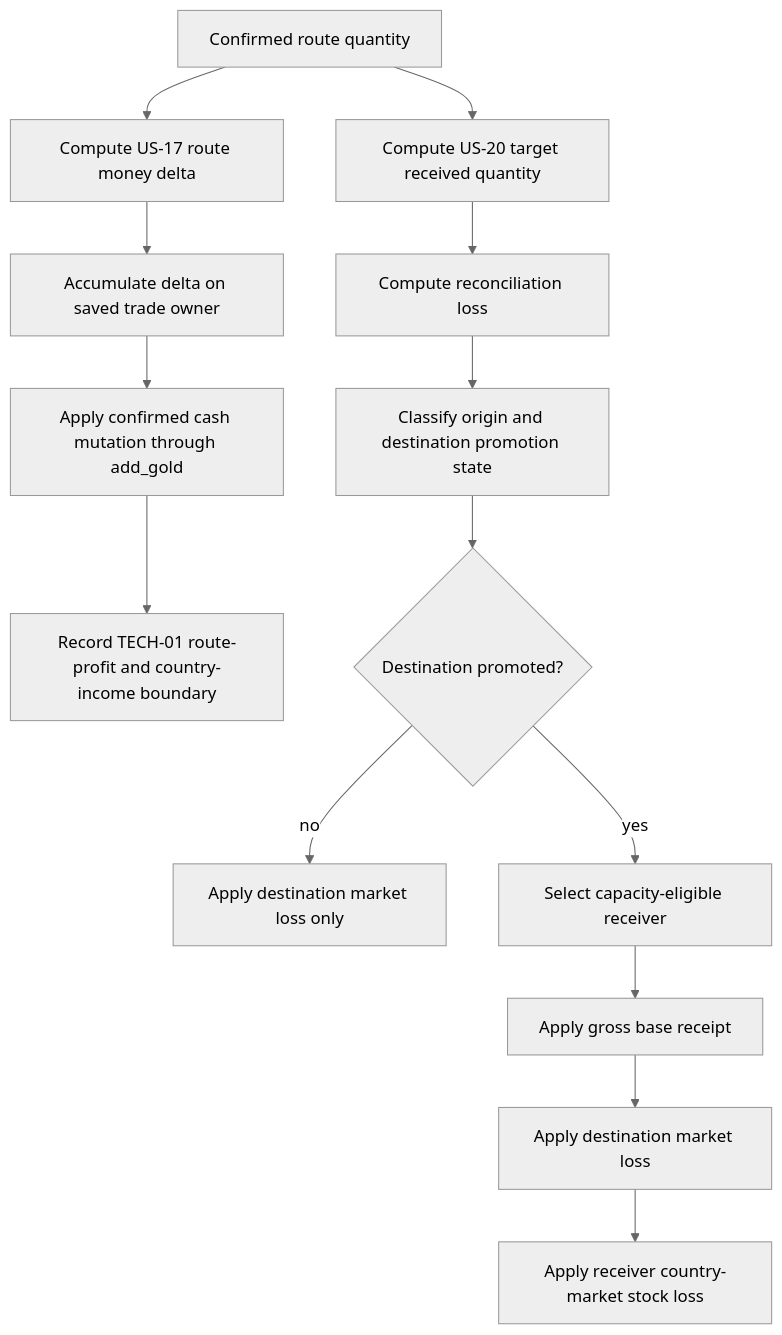
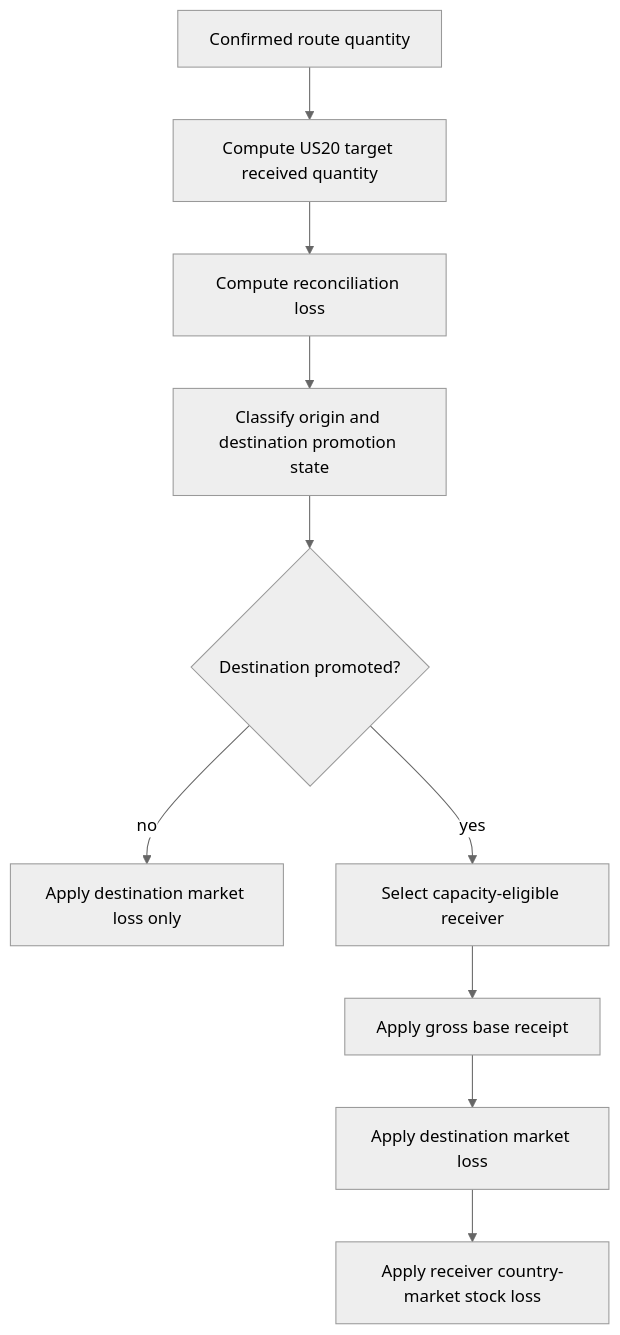
Before and after one commit to eu5mod/eu5-no-void-economy: the fourth of 7 diagrams in docs/audits/pr107/Q5_workflow_state.md, drawn with Mermaid (neutral theme). The commit also changed other lines of this file and 8 other files, not shown here.

First line of the commit message:
Read US17 trade efficiencies from owner modifiers

````diff
--- a/docs/audits/pr107/Q5_workflow_state.md
+++ b/docs/audits/pr107/Q5_workflow_state.md
@@ -47,17 +111,12 @@
 ```mermaid
 flowchart TD
-    A[Confirmed route quantity] --> B[Compute US-17 route money delta]
-    B --> C[Accumulate delta on saved trade owner]
-    C --> D[Apply confirmed cash mutation through add_gold]
-    D --> E[Record TECH-01 route-profit and country-income boundary]
-
-    A --> F[Compute US-20 target received quantity]
-    F --> G[Compute reconciliation loss]
-    G --> H[Classify origin and destination promotion state]
-    H --> I{Destination promoted?}
-    I -- no --> J[Apply destination market loss only]
-    I -- yes --> K[Select capacity-eligible receiver]
-    K --> L[Apply gross base receipt]
-    L --> M[Apply destination market loss]
-    M --> N[Apply receiver country-market stock loss]
+    A[Confirmed route quantity] --> B[Compute US20 target received quantity]
+    B --> C[Compute reconciliation loss]
+    C --> D[Classify origin and destination promotion state]
+    D --> E{Destination promoted?}
+    E -- no --> F[Apply destination market loss only]
+    E -- yes --> G[Select capacity-eligible receiver]
+    G --> H[Apply gross base receipt]
+    H --> I[Apply destination market loss]
+    I --> J[Apply receiver country-market stock loss]
 ```
````
